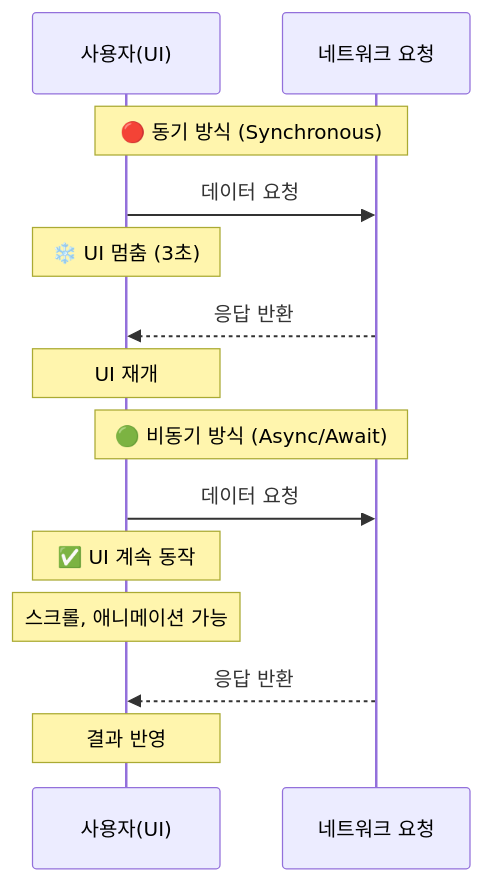
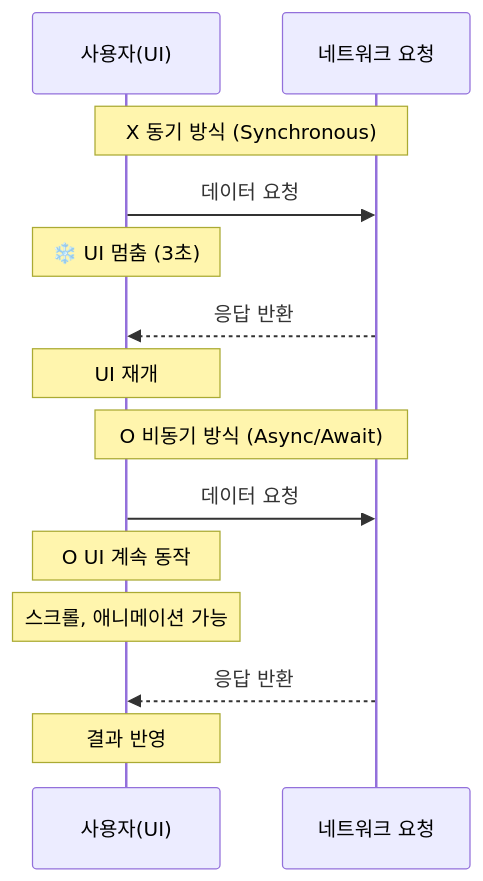
One commit to jsonpassion/forge-tutorial-swift changed the first of 4 diagrams in 07-networking/01-async-await.md. Above: the diagram before and after it, drawn with Mermaid. The commit also changed 69 other files, not shown here.

````diff
--- a/07-networking/01-async-await.md
+++ b/07-networking/01-async-await.md
@@ -30,18 +30,18 @@
 ```mermaid
 sequenceDiagram
     participant U as 사용자(UI)
     participant N as 네트워크 요청
 
-    Note over U,N: 🔴 동기 방식 (Synchronous)
+    Note over U,N: X 동기 방식 (Synchronous)
     U->>N: 데이터 요청
     Note over U: ❄️ UI 멈춤 (3초)
     N-->>U: 응답 반환
     Note over U: UI 재개
 
-    Note over U,N: 🟢 비동기 방식 (Async/Await)
+    Note over U,N: O 비동기 방식 (Async/Await)
     U->>N: 데이터 요청
-    Note over U: ✅ UI 계속 동작
+    Note over U: O UI 계속 동작
     Note over U: 스크롤, 애니메이션 가능
     N-->>U: 응답 반환
     Note over U: 결과 반영
 ```
````
